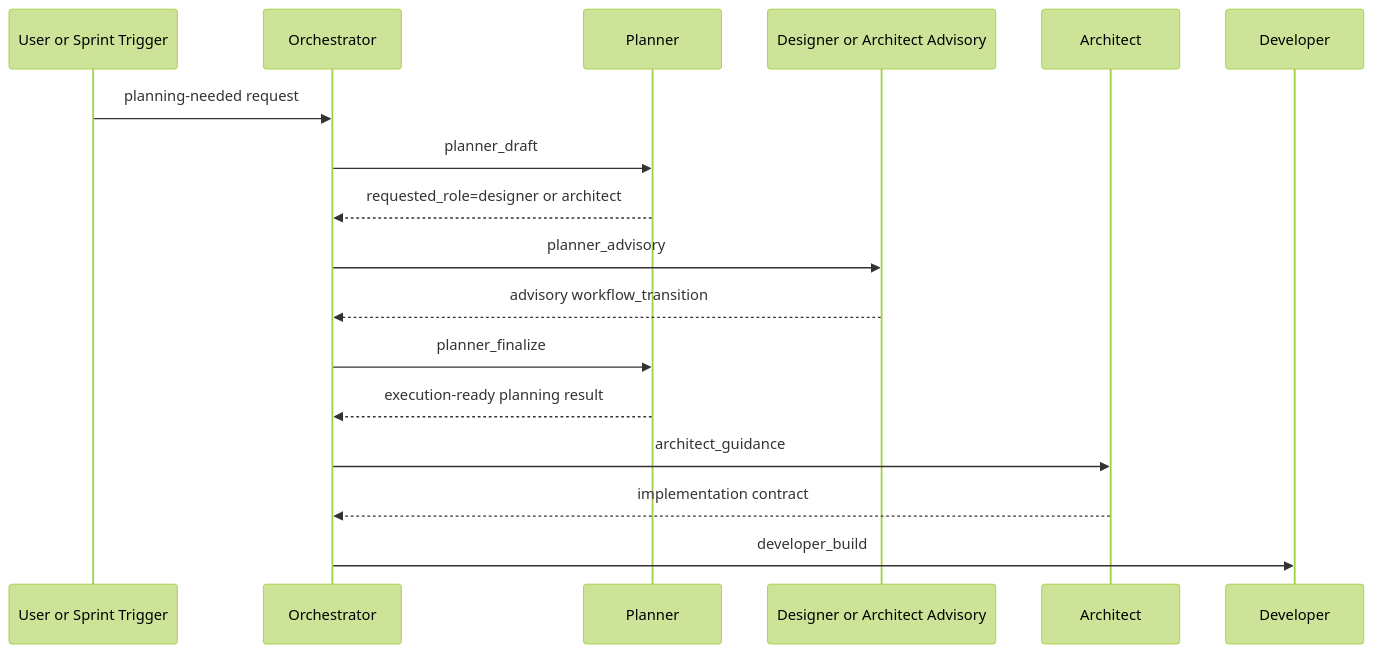
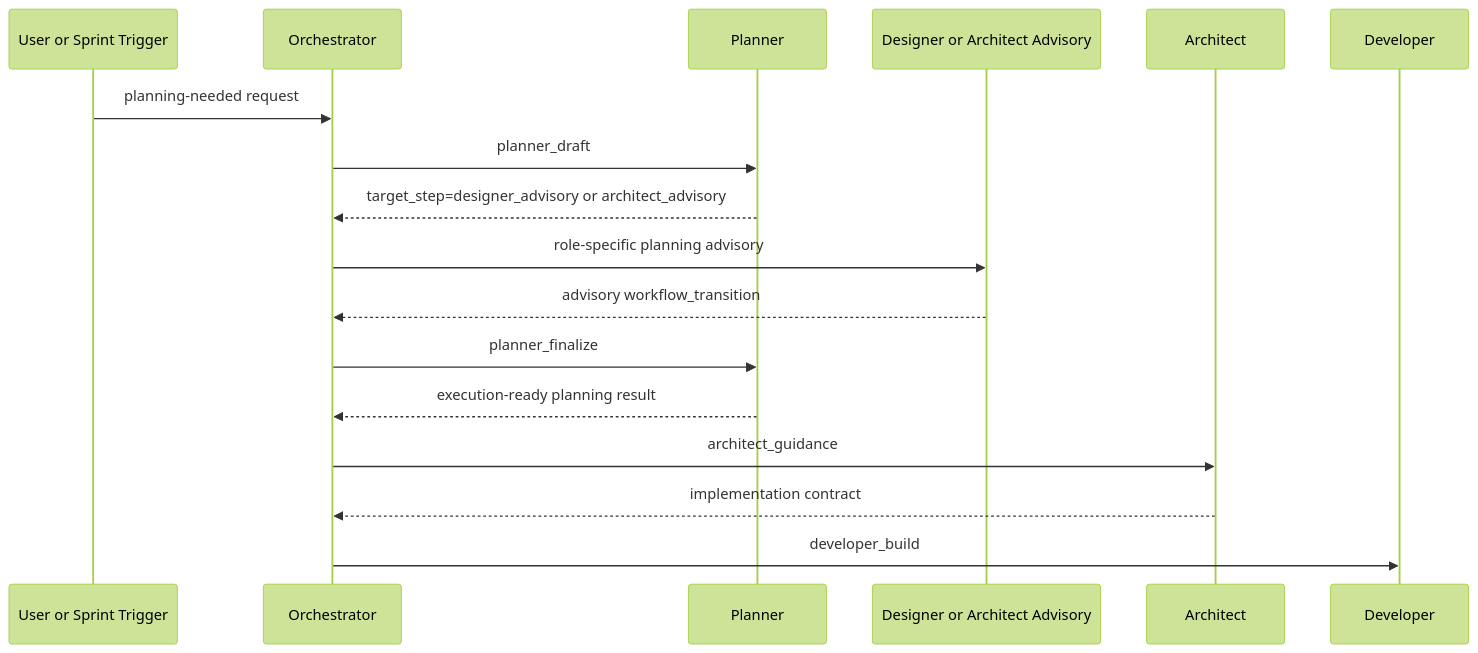
Before and after one commit to Kims-DeveloperGroup/sprint-runtime: the second of 7 diagrams in docs/architecture.md, drawn with Mermaid (forest theme). The commit also changed 23 other files, not shown here.

Commit message:
engine.py: remove requested_role contract

````diff
--- a/docs/architecture.md
+++ b/docs/architecture.md
@@ -306,20 +306,20 @@
 ```mermaid
 sequenceDiagram
     participant U as User or Sprint Trigger
     participant O as Orchestrator
     participant P as Planner
     participant S as Designer or Architect Advisory
     participant A as Architect
     participant D as Developer
 
     U->>O: planning-needed request
     O->>P: planner_draft
-    P-->>O: requested_role=designer or architect
-    O->>S: planner_advisory
+    P-->>O: target_step=designer_advisory or architect_advisory
+    O->>S: role-specific planning advisory
     S-->>O: advisory workflow_transition
     O->>P: planner_finalize
     P-->>O: execution-ready planning result
     O->>A: architect_guidance
     A-->>O: implementation contract
     O->>D: developer_build
 ```
````
